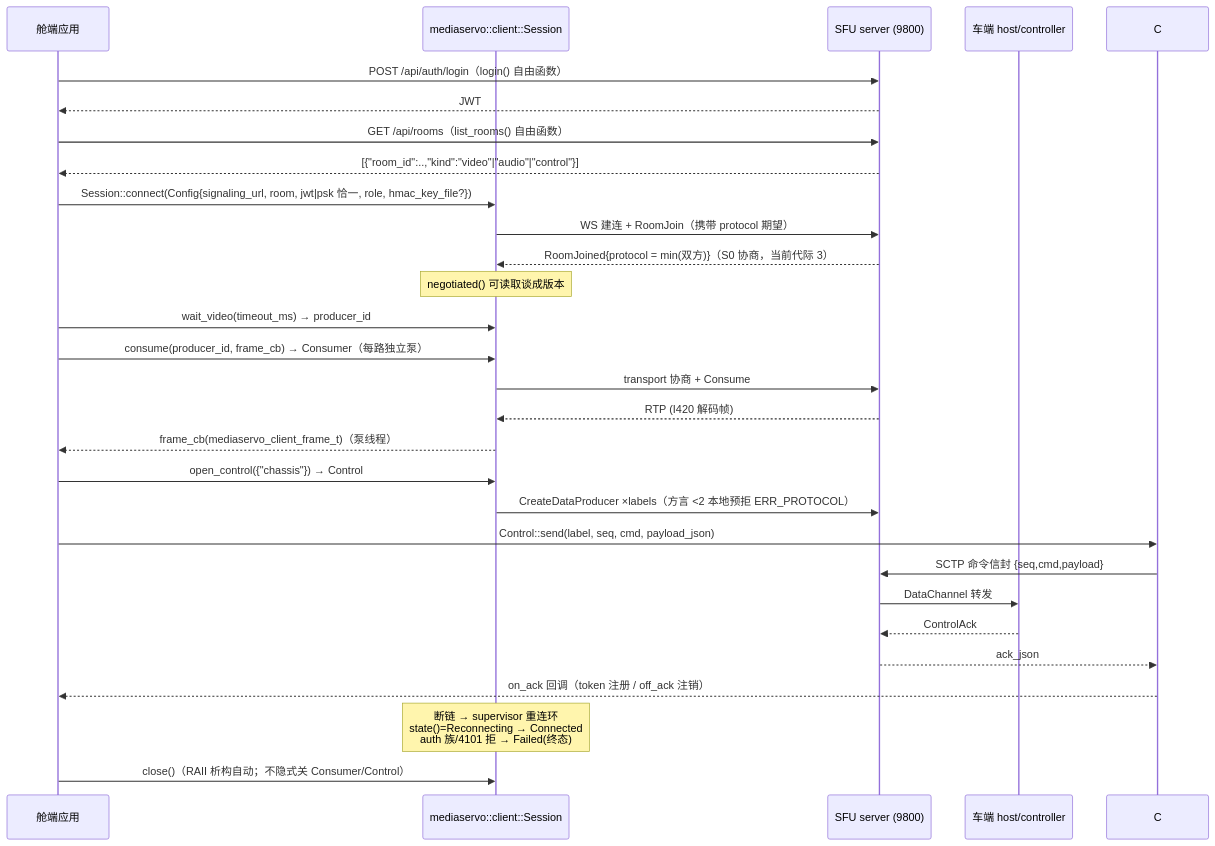
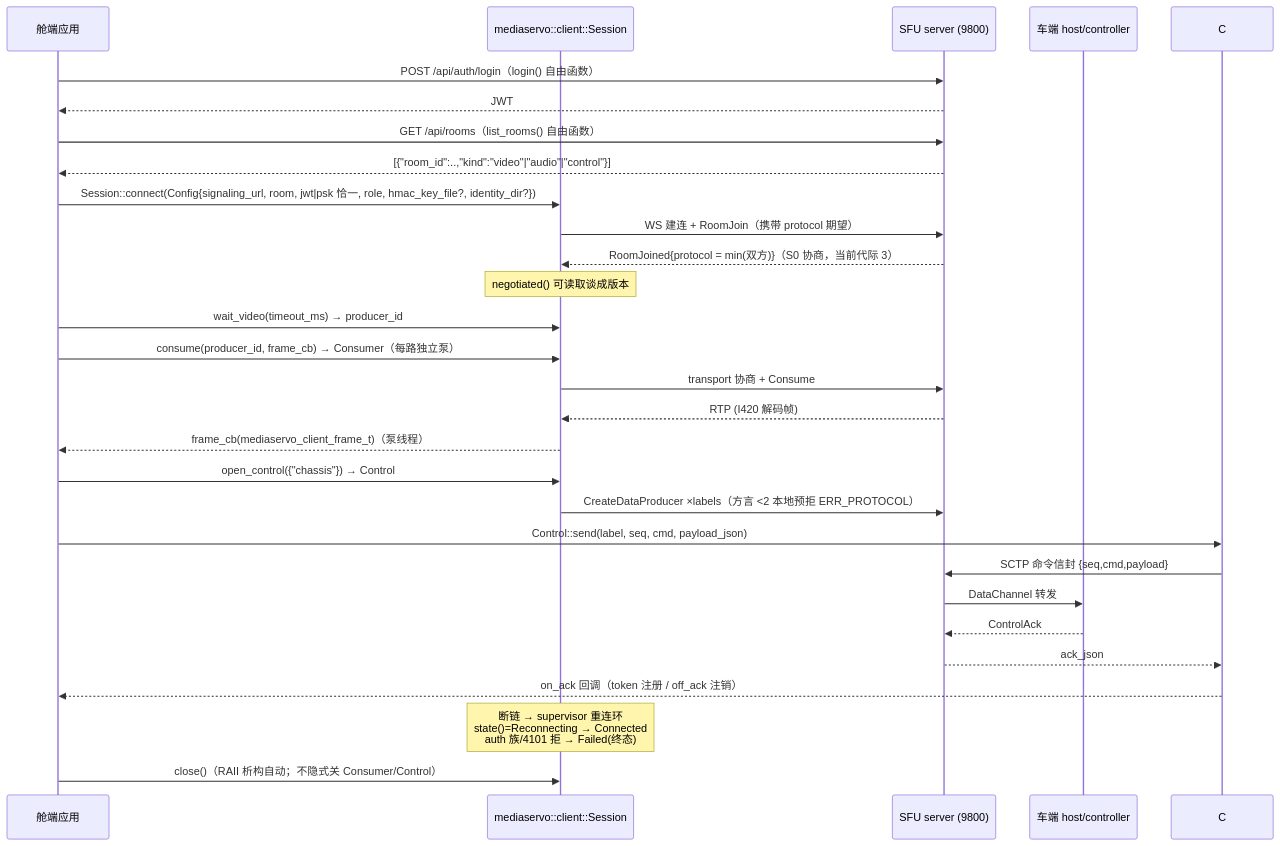
Before and after one commit to chengxuewen/MediaServo: the second of 2 diagrams in docs/reference/sdk-cxx/client.md, drawn with Mermaid. The commit also changed other lines of this file and 12 other files, not shown here.

````diff
--- a/docs/reference/sdk-cxx/client.md
+++ b/docs/reference/sdk-cxx/client.md
@@ -63,31 +63,31 @@
 ```mermaid
 sequenceDiagram
     participant A as 舱端应用
     participant S as mediaservo::client::Session
     participant V as SFU server (9800)
     participant H as 车端 host/controller
 
     A->>V: POST /api/auth/login（login() 自由函数）
     V-->>A: JWT
     A->>V: GET /api/rooms（list_rooms() 自由函数）
     V-->>A: [{"room_id":..,"kind":"video"|"audio"|"control"}]
-    A->>S: Session::connect(Config{signaling_url, room, jwt|psk 恰一, role, hmac_key_file?})
+    A->>S: Session::connect(Config{signaling_url, room, jwt|psk 恰一, role, hmac_key_file?, identity_dir?})
     S->>V: WS 建连 + RoomJoin（携带 protocol 期望）
     V-->>S: RoomJoined{protocol = min(双方)}（S0 协商，当前代际 3）
     Note over S: negotiated() 可读取谈成版本
     A->>S: wait_video(timeout_ms) → producer_id
     A->>S: consume(producer_id, frame_cb) → Consumer（每路独立泵）
     S->>V: transport 协商 + Consume
     V-->>S: RTP (I420 解码帧)
     S-->>A: frame_cb(mediaservo_client_frame_t)（泵线程）
     A->>S: open_control({"chassis"}) → Control
     S->>V: CreateDataProducer ×labels（方言 <2 本地预拒 ERR_PROTOCOL）
     A->>C: Control::send(label, seq, cmd, payload_json)
     C->>V: SCTP 命令信封 {seq,cmd,payload}
     V->>H: DataChannel 转发
     H-->>V: ControlAck
     V-->>C: ack_json
     C-->>A: on_ack 回调（token 注册 / off_ack 注销）
     Note over S: 断链 → supervisor 重连环<br/>state()=Reconnecting → Connected<br/>auth 族/4101 拒 → Failed(终态)
     A->>S: close()（RAII 析构自动；不隐式关 Consumer/Control）
 ```
````
